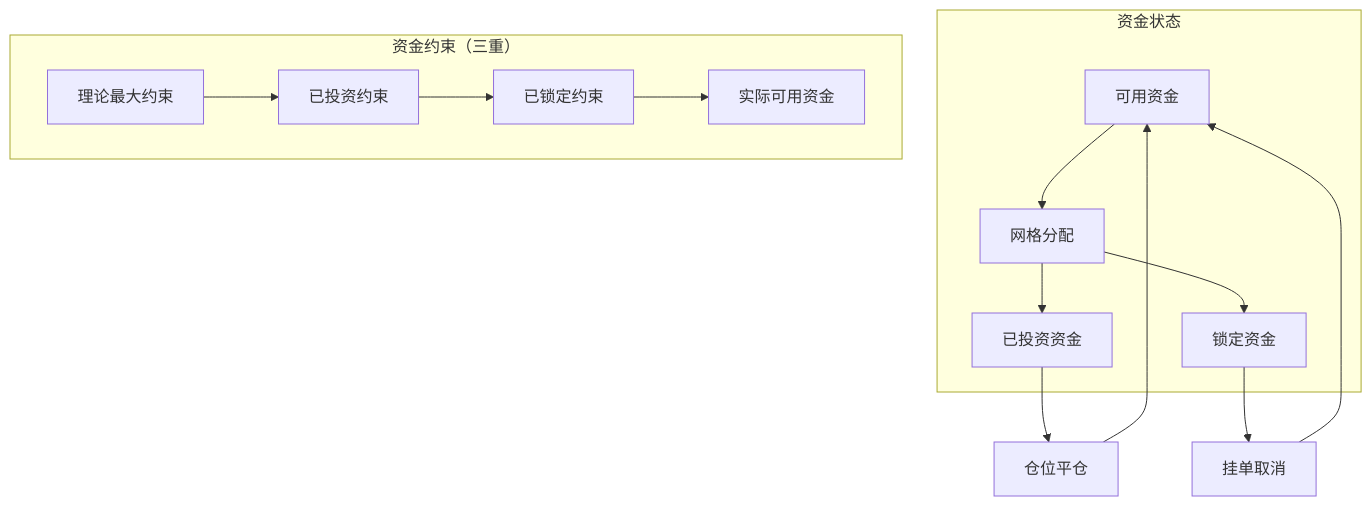
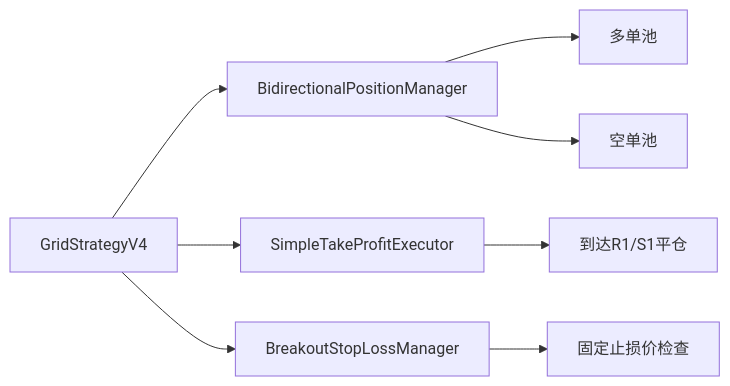
One commit to chenchiyuan/crypto_exchange_news_crawler changed the second of 2 diagrams in docs/GRID_TRADING_GUIDE.md. Above: the diagram before and after it, drawn with Mermaid. The commit also changed other lines of this file and 12 other files, not shown here.

````diff
--- a/docs/GRID_TRADING_GUIDE.md
+++ b/docs/GRID_TRADING_GUIDE.md
@@ -303,19 +152,10 @@
 ```mermaid
-graph TB
-    subgraph "资金状态"
-        A[可用资金] --> B[网格分配]
-        B --> C[已投资资金]
-        B --> D[锁定资金]
-    end
-
-    subgraph "资金约束（三重）"
-        E[理论最大约束] --> F[已投资约束]
-        F --> G[已锁定约束]
-        G --> H[实际可用资金]
-    end
-
-    D --> I[挂单取消]
-    C --> J[仓位平仓]
-    I --> A
-    J --> A
+graph LR
+    A[GridStrategyV4] --> B[BidirectionalPositionManager]
+    A --> C[SimpleTakeProfitExecutor]
+    A --> D[BreakoutStopLossManager]
+    B --> E[多单池]
+    B --> F[空单池]
+    C --> G[到达R1/S1平仓]
+    D --> H[固定止损价检查]
 ```
````
